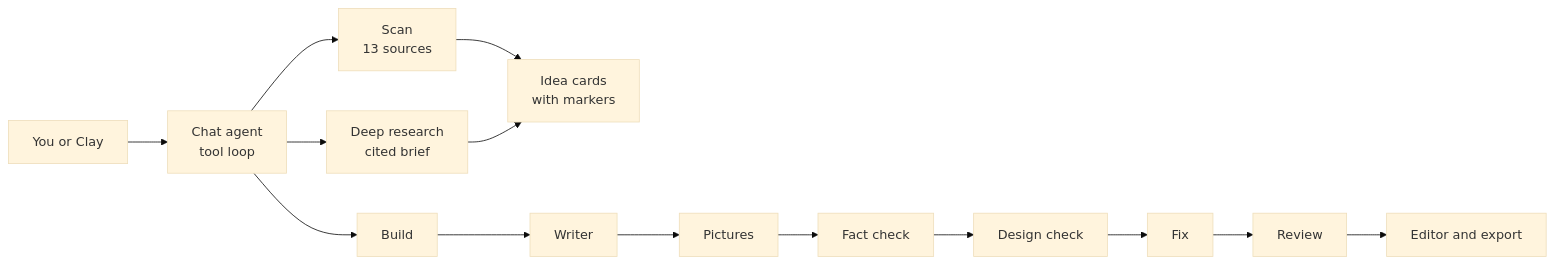
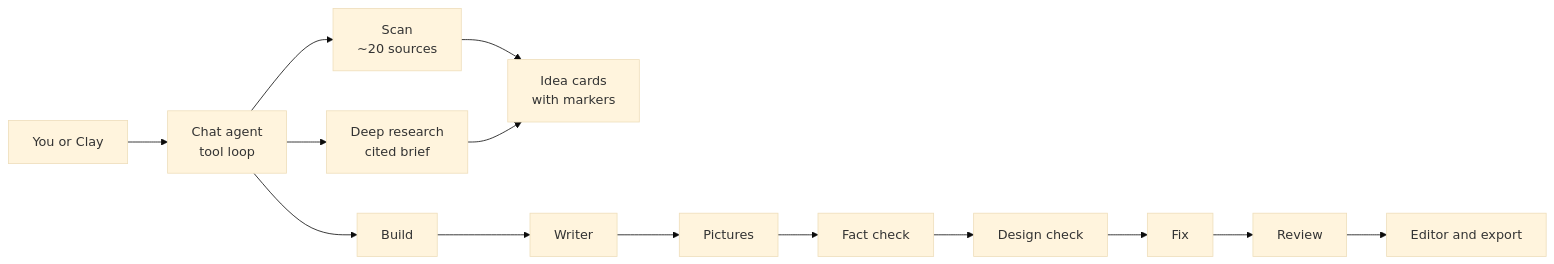
One commit to agilkatakam/BGCC-desk changed the diagram in README.md. Above: the diagram before and after it, drawn with Mermaid (base theme). The commit also changed other lines of this file and 9 other files, not shown here.

````diff
--- a/README.md
+++ b/README.md
@@ -63,10 +63,10 @@
 ```mermaid
 flowchart LR
   U[You or Clay] --> A[Chat agent<br/>tool loop]
-  A --> S[Scan<br/>13 sources]
+  A --> S[Scan<br/>~20 sources]
   A --> R[Deep research<br/>cited brief]
   A --> B[Build]
   S --> I[Idea cards<br/>with markers]
   R --> I
   B --> W[Writer] --> P[Pictures] --> F[Fact check] --> D[Design check] --> X[Fix] --> V[Review] --> E[Editor and export]
 ```
````
